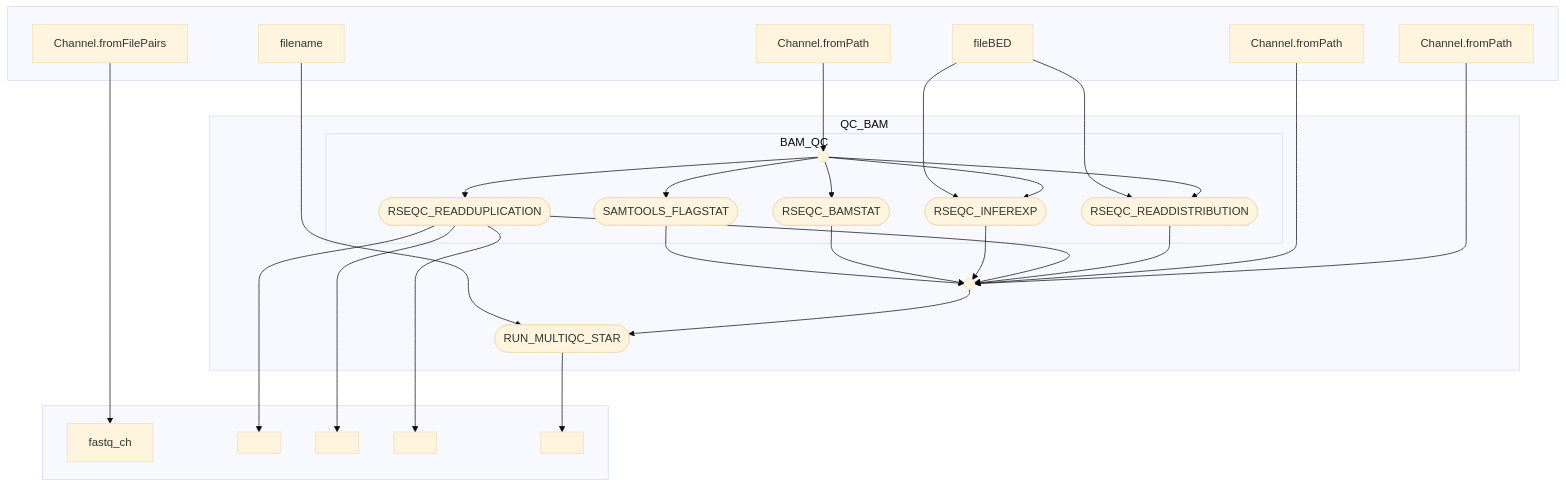
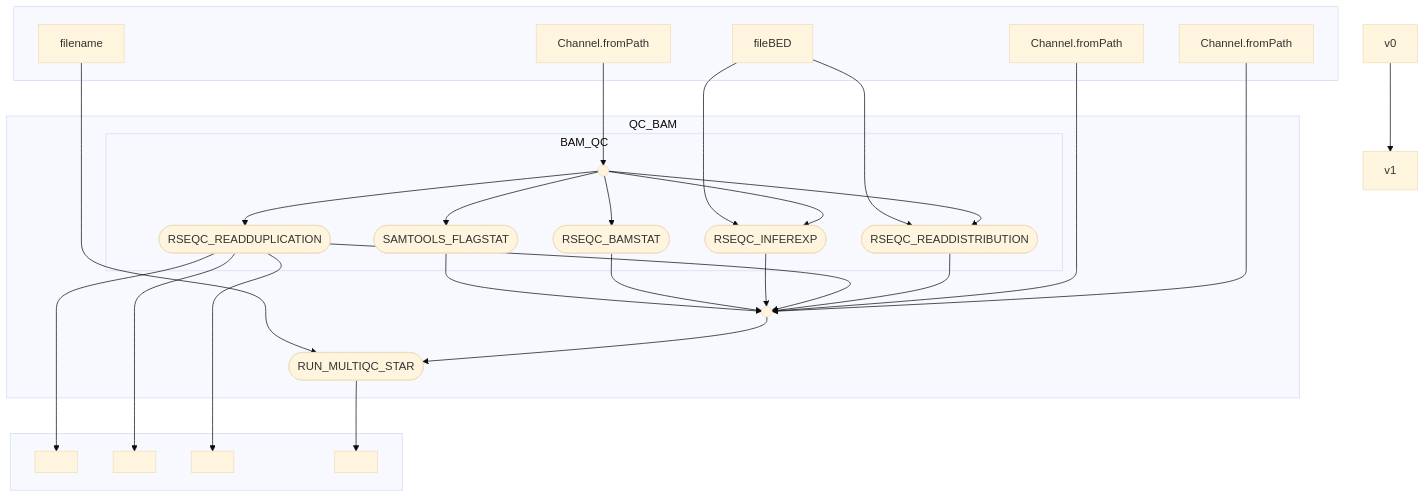
One commit to tansey-lab/nf-rnaseq changed the fourth of 4 diagrams in nextflow/README.md. Above: the diagram before and after it, drawn with Mermaid (base theme).

Commit message:
updated post-alignment QC DAG

````diff
--- a/nextflow/README.md
+++ b/nextflow/README.md
@@ -121,52 +121,50 @@
 ```mermaid
 flowchart TB
     subgraph " "
-    v0["Channel.fromFilePairs"]
     v2["Channel.fromPath"]
     v13["Channel.fromPath"]
     v14["Channel.fromPath"]
     v22["filename"]
     v4["fileBED"]
     end
     subgraph " "
-    v1["fastq_ch"]
     v9[" "]
     v10[" "]
     v11[" "]
     v24[" "]
     end
     subgraph QC_BAM
     subgraph BAM_QC
     v5([SAMTOOLS_FLAGSTAT])
     v6([RSEQC_BAMSTAT])
     v7([RSEQC_INFEREXP])
     v8([RSEQC_READDUPLICATION])
     v12([RSEQC_READDISTRIBUTION])
     v3(( ))
     end
     v23([RUN_MULTIQC_STAR])
     v15(( ))
     end
     v0 --> v1
     v2 --> v3
     v4 --> v7
     v4 --> v12
     v3 --> v5
     v5 --> v15
     v3 --> v6
     v6 --> v15
     v3 --> v7
     v7 --> v15
     v3 --> v8
     v8 --> v11
     v8 --> v10
     v8 --> v9
     v8 --> v15
     v3 --> v12
     v12 --> v15
     v13 --> v15
     v14 --> v15
     v22 --> v23
     v15 --> v23
     v23 --> v24
 ```
````
